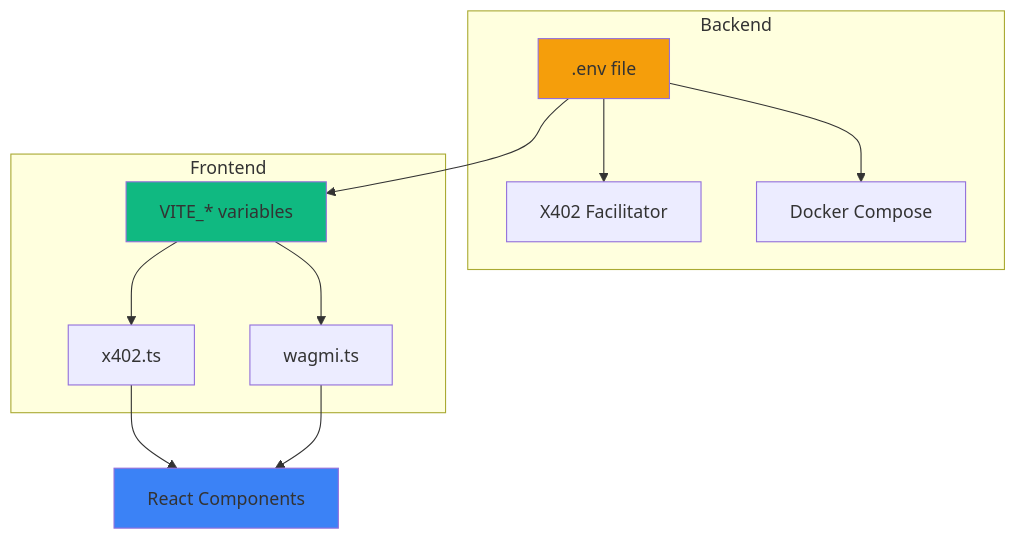
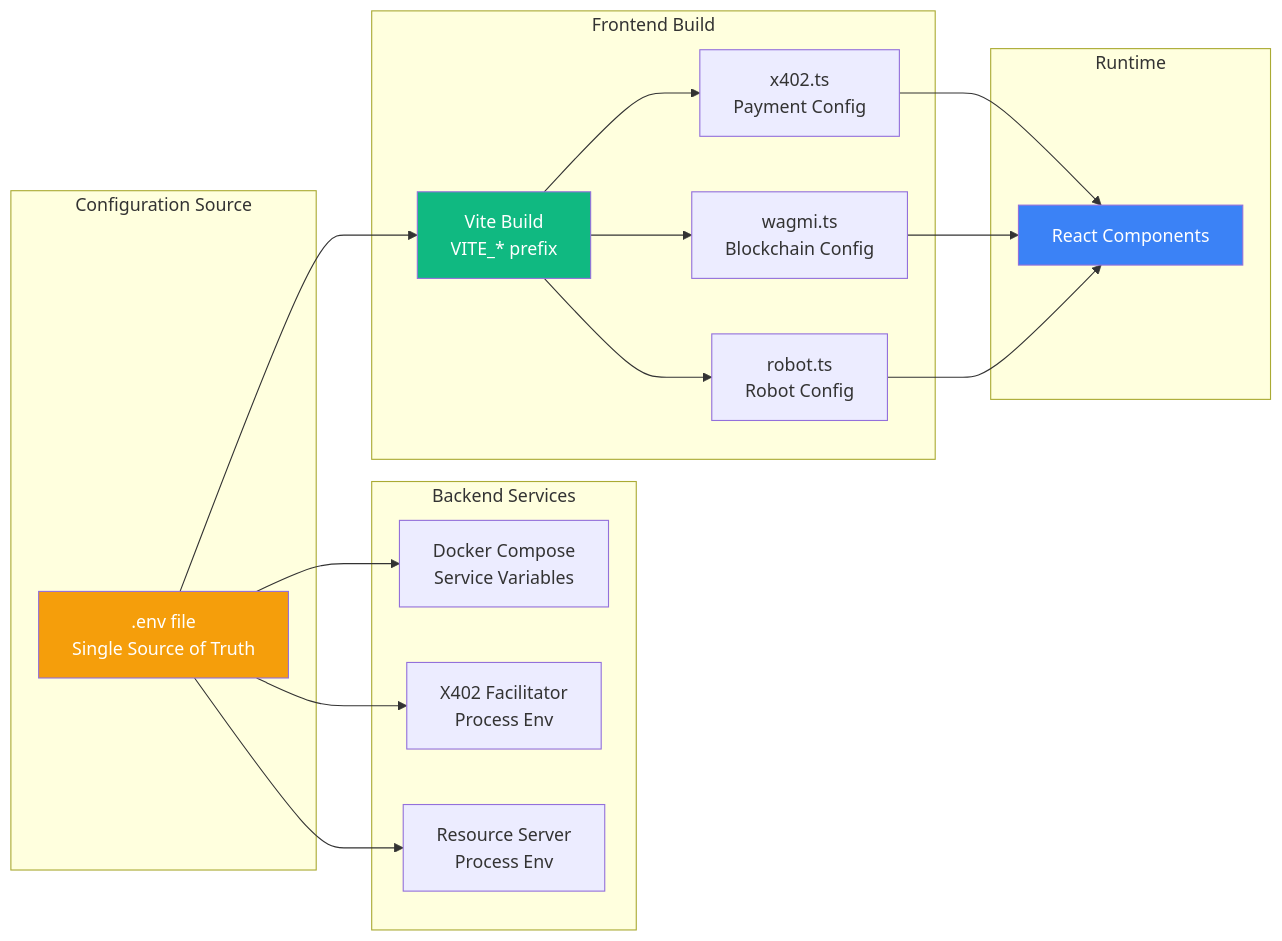
One commit to superposition/paybot changed the eighth of 9 diagrams in README.md. Above: the diagram before and after it, drawn with Mermaid. The commit also changed other lines of this file and 1 other file, not shown here.

First line of the commit message:
feat: Complete X402 payment flow with facilitator and comprehensive documentation (#40)

````diff
--- a/README.md
+++ b/README.md
@@ -302,22 +403,29 @@
 ```mermaid
-graph TB
-    ENV[.env file]
-
-    subgraph "Backend"
-        ENV --> Facilitator[X402 Facilitator]
-        ENV --> Docker[Docker Compose]
+graph LR
+    subgraph "Configuration Source"
+        Env[.env file<br/>Single Source of Truth]
     end
 
-    subgraph "Frontend"
-        ENV --> ViteEnv[VITE_* variables]
-        ViteEnv --> X402Config[x402.ts]
-        ViteEnv --> WagmiConfig[wagmi.ts]
+    subgraph "Backend Services"
+        Env --> Docker[Docker Compose<br/>Service Variables]
+        Env --> Facilitator[X402 Facilitator<br/>Process Env]
+        Env --> Resource[Resource Server<br/>Process Env]
     end
 
-    X402Config --> Components[React Components]
-    WagmiConfig --> Components
+    subgraph "Frontend Build"
+        Env --> Vite[Vite Build<br/>VITE_* prefix]
+        Vite --> X402Config[x402.ts<br/>Payment Config]
+        Vite --> WagmiConfig[wagmi.ts<br/>Blockchain Config]
+        Vite --> RobotConfig[robot.ts<br/>Robot Config]
+    end
 
-    style ENV fill:#f59e0b
-    style ViteEnv fill:#10b981
-    style Components fill:#3b82f6
+    subgraph "Runtime"
+        X402Config --> Components[React Components]
+        WagmiConfig --> Components
+        RobotConfig --> Components
+    end
+
+    style Env fill:#f59e0b,color:#fff
+    style Vite fill:#10b981,color:#fff
+    style Components fill:#3b82f6,color:#fff
 ```
````
